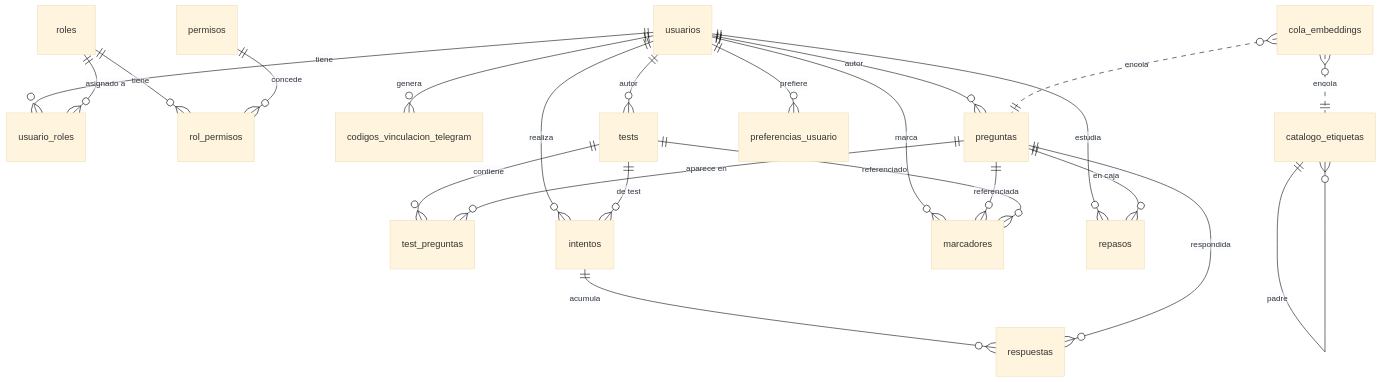
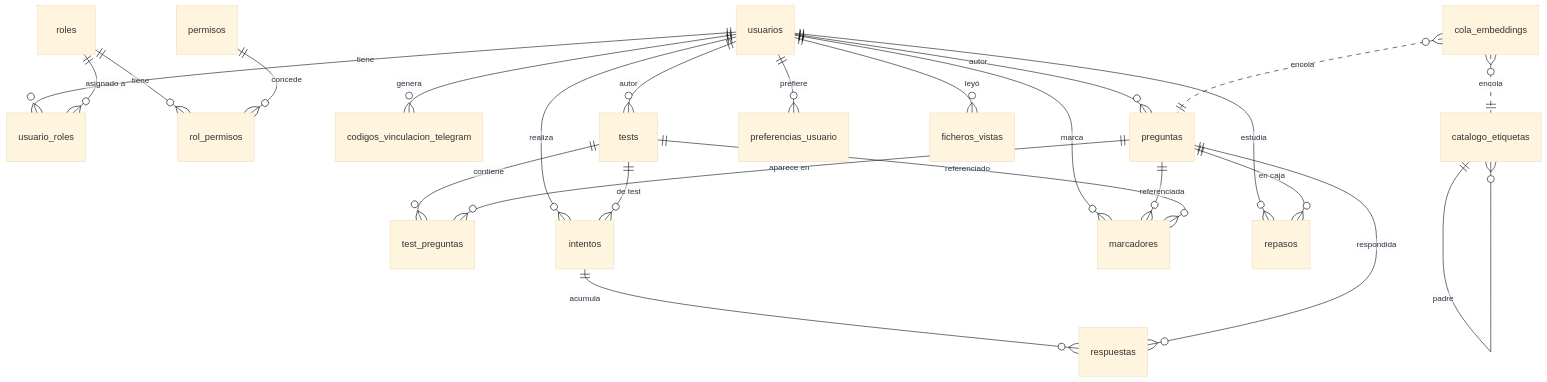
The diagram in db/ESTADO_BBDD.md (AngelaMMoreno/telegram-bot), drawn with Mermaid (base theme) before and after one commit. The commit also changed other lines of this file and 16 other files, not shown here.

````diff
--- a/db/ESTADO_BBDD.md
+++ b/db/ESTADO_BBDD.md
@@ -53,30 +57,32 @@
 ```mermaid
 erDiagram
     usuarios ||--o{ usuario_roles          : "tiene"
     roles    ||--o{ usuario_roles          : "asignado a"
     roles    ||--o{ rol_permisos           : "tiene"
     permisos ||--o{ rol_permisos           : "concede"
     usuarios ||--o{ codigos_vinculacion_telegram : "genera"
 
     usuarios ||--o{ preguntas              : "autor"
     usuarios ||--o{ tests                  : "autor"
     tests    ||--o{ test_preguntas         : "contiene"
     preguntas||--o{ test_preguntas         : "aparece en"
 
     usuarios ||--o{ intentos               : "realiza"
     tests    ||--o{ intentos               : "de test"
     intentos ||--o{ respuestas             : "acumula"
     preguntas||--o{ respuestas             : "respondida"
 
     usuarios ||--o{ marcadores             : "marca"
     preguntas||--o{ marcadores             : "referenciada"
     tests    ||--o{ marcadores             : "referenciado"
 
     usuarios ||--o{ preferencias_usuario   : "prefiere"
     usuarios ||--o{ repasos                : "estudia"
     preguntas||--o{ repasos                : "en caja"
 
+    usuarios ||--o{ ficheros_vistas        : "leyó"
+
     catalogo_etiquetas ||--o{ catalogo_etiquetas : "padre"
     cola_embeddings }o..|| preguntas             : "encola"
     cola_embeddings }o..|| catalogo_etiquetas    : "encola"
 ```
````
